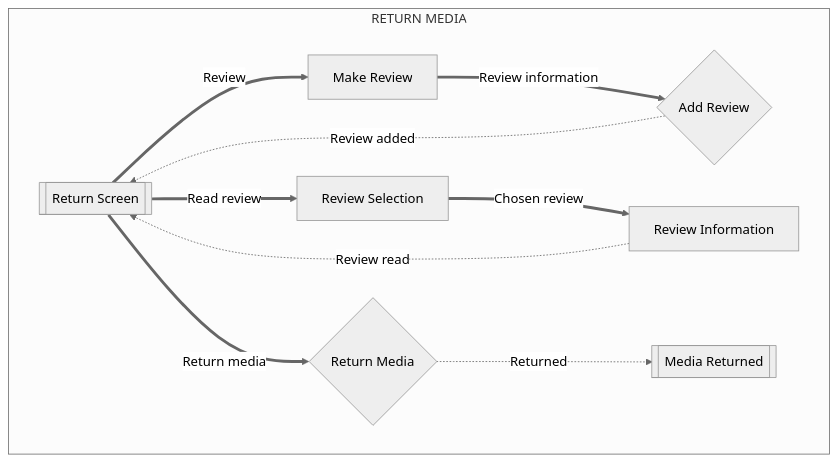
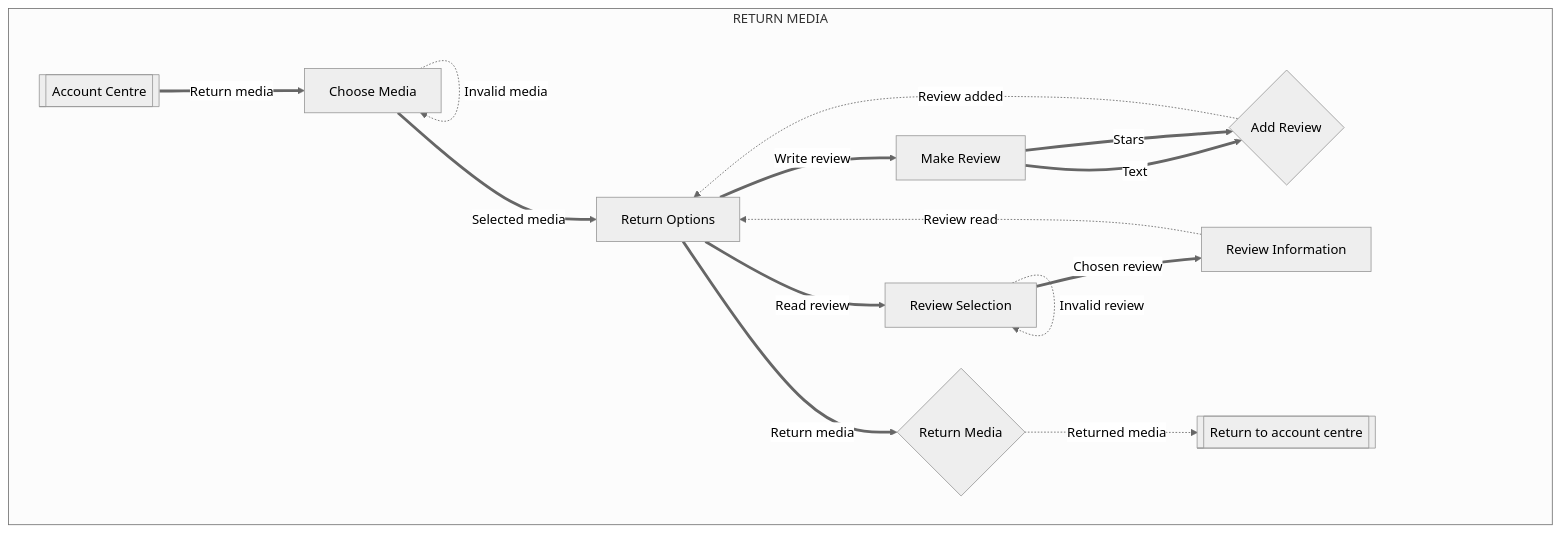
Before and after one commit to samanthaegilson/LibrarySystem: the fifth of 6 diagrams in README.md, drawn with Mermaid (neutral theme). The commit also changed other lines of this file and 31 other files, not shown here.

````diff
--- a/README.md
+++ b/README.md
@@ -145,28 +191,37 @@
 ```mermaid
 flowchart
     subgraph RETURN MEDIA 
-        returnScreen[[Return Screen]]
+        accountCentre[[Account Centre]]
+        chooseMedia[Choose Media]
+        
+        accountCentre ==Return media==> chooseMedia
+        
+        returnOptions[Return Options]
+        
+        chooseMedia ==Selected media==> returnOptions
+        chooseMedia -.Invalid media.-> chooseMedia
         
         makeReview[Make Review]
         addReview{Add Review}
-        
-        returnScreen==Review==>makeReview
-        %% Need to make more specific input??
-        makeReview==Review information==>addReview
-        addReview-.Review added.->returnScreen
+
+        returnOptions ==Write review==> makeReview
+        makeReview ==Text==> addReview
+        makeReview ==Stars==> addReview
+        addReview -.Review added.-> returnOptions
         
         selectReview[Review Selection]
         reviewInformation[Review Information]
-        
-        returnScreen==Read review==>selectReview
-        selectReview==Chosen review==>reviewInformation
-        reviewInformation-.Review read.->returnScreen
+
+        returnOptions ==Read review==> selectReview
+        selectReview ==Chosen review==> reviewInformation
+        selectReview -.Invalid review.-> selectReview
+        reviewInformation -.Review read.-> returnOptions
         
         returnMedia{Return Media}
-        mediaReturned[[Media Returned]]
-        
-        returnScreen==Return media==>returnMedia
-        returnMedia-.Returned.->mediaReturned
+        returnAccountCentre[[Return to account centre]]
+
+        returnOptions ==Return media==> returnMedia
+        returnMedia -.Returned media.-> returnAccountCentre
         
     end
 ```
````
